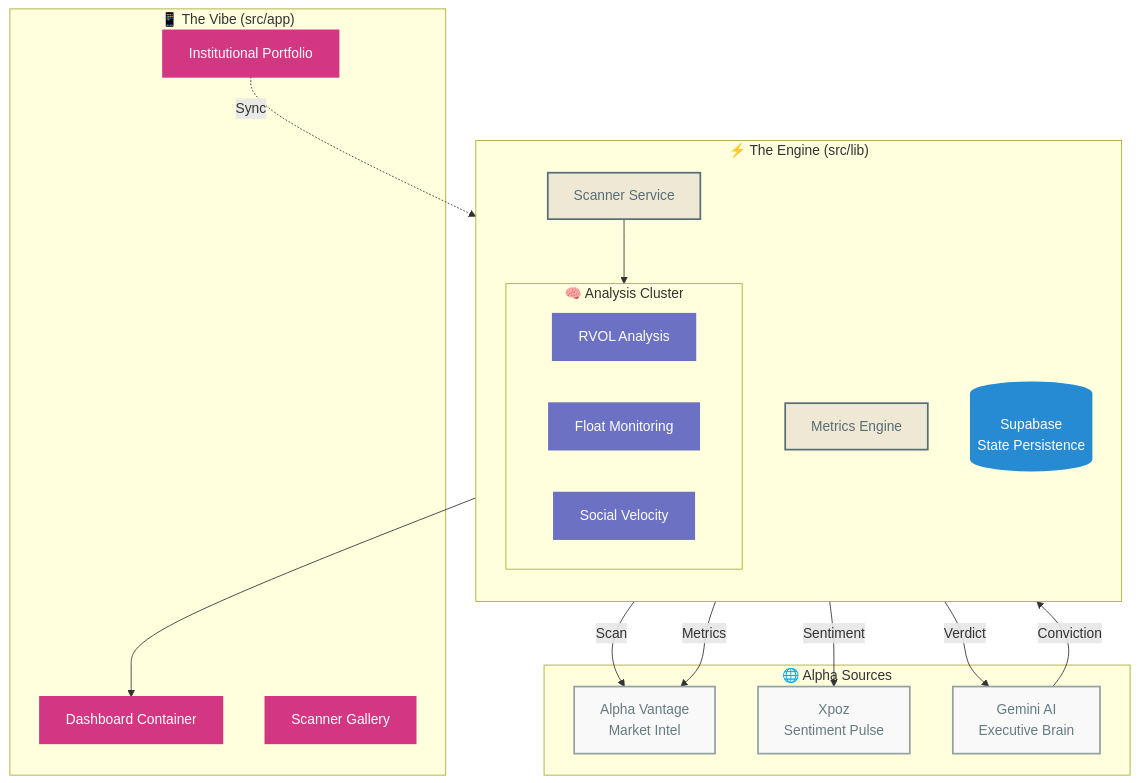
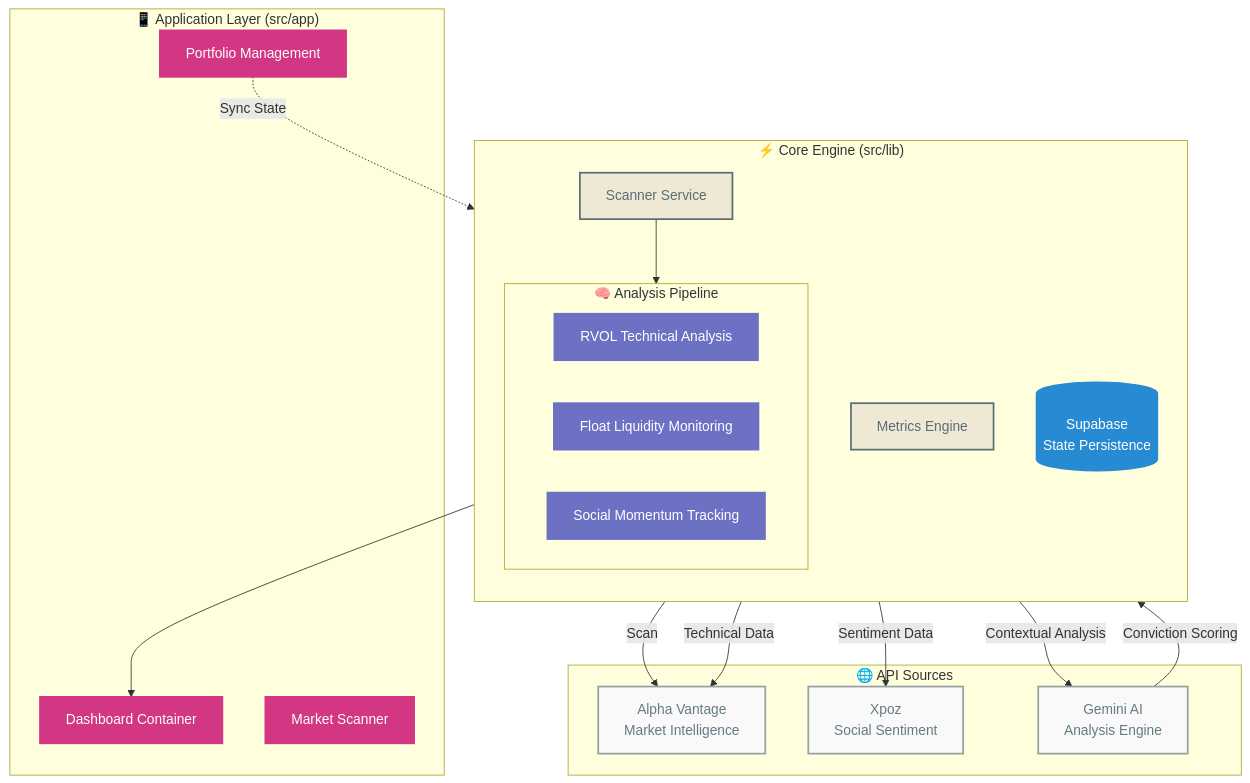
The first of 3 diagrams in ARCHITECTURE.md (Royverse/not-financial-advice), drawn with Mermaid before and after one commit. The commit also changed other lines of this file and 37 other files, not shown here.

````diff
--- a/ARCHITECTURE.md
+++ b/ARCHITECTURE.md
@@ -9,44 +9,44 @@
 ```mermaid
 graph TD
     %% Styling
     classDef external fill:#f9f9f9,stroke:#93a1a1,stroke-width:2px,color:#657b83
     classDef core fill:#eee8d5,stroke:#586e75,stroke-width:2px,color:#586e75
     classDef ui fill:#d33682,stroke:#d33682,stroke-width:2px,color:#fff
     classDef database fill:#268bd2,stroke:#268bd2,stroke-width:2px,color:#fff
     classDef engine fill:#6c71c4,stroke:#6c71c4,stroke-width:2px,color:#fff
 
-    subgraph External["🌐 Alpha Sources"]
-        AV[Alpha Vantage<br/>Market Intel]:::external
-        XP[Xpoz<br/>Sentiment Pulse]:::external
-        GM[Gemini AI<br/>Executive Brain]:::external
+    subgraph External["🌐 API Sources"]
+        AV[Alpha Vantage<br/>Market Intelligence]:::external
+        XP[Xpoz<br/>Social Sentiment]:::external
+        GM[Gemini AI<br/>Analysis Engine]:::external
     end
 
-    subgraph Core["⚡ The Engine (src/lib)"]
+    subgraph Core["⚡ Core Engine (src/lib)"]
         direction TB
         SCAN[Scanner Service]:::core
         METRICS[Metrics Engine]:::core
         
-        subgraph Analysis["🧠 Analysis Cluster"]
-            E1[RVOL Analysis]:::engine
-            E2[Float Monitoring]:::engine
-            E3[Social Velocity]:::engine
+        subgraph Analysis["🧠 Analysis Pipeline"]
+            E1[RVOL Technical Analysis]:::engine
+            E2[Float Liquidity Monitoring]:::engine
+            E3[Social Momentum Tracking]:::engine
         end
         
         DB[(Supabase<br/>State Persistence)]:::database
     end
 
-    subgraph UI["📱 The Vibe (src/app)"]
+    subgraph UI["📱 Application Layer (src/app)"]
         DASH[Dashboard Container]:::ui
-        GALLERY[Scanner Gallery]:::ui
-        PORT[Institutional Portfolio]:::ui
+        GALLERY[Market Scanner]:::ui
+        PORT[Portfolio Management]:::ui
     end
 
     SCAN -->|Scan| AV
     SCAN --> Analysis
-    Analysis -->|Metrics| AV
-    Analysis -->|Sentiment| XP
-    Analysis -->|Verdict| GM
-    GM -->|Conviction| DB
+    Analysis -->|Technical Data| AV
+    Analysis -->|Sentiment Data| XP
+    Analysis -->|Contextual Analysis| GM
+    GM -->|Conviction Scoring| DB
     DB --> DASH
-    PORT -.->|Sync| DB
+    PORT -.->|Sync State| DB
 ```
````
